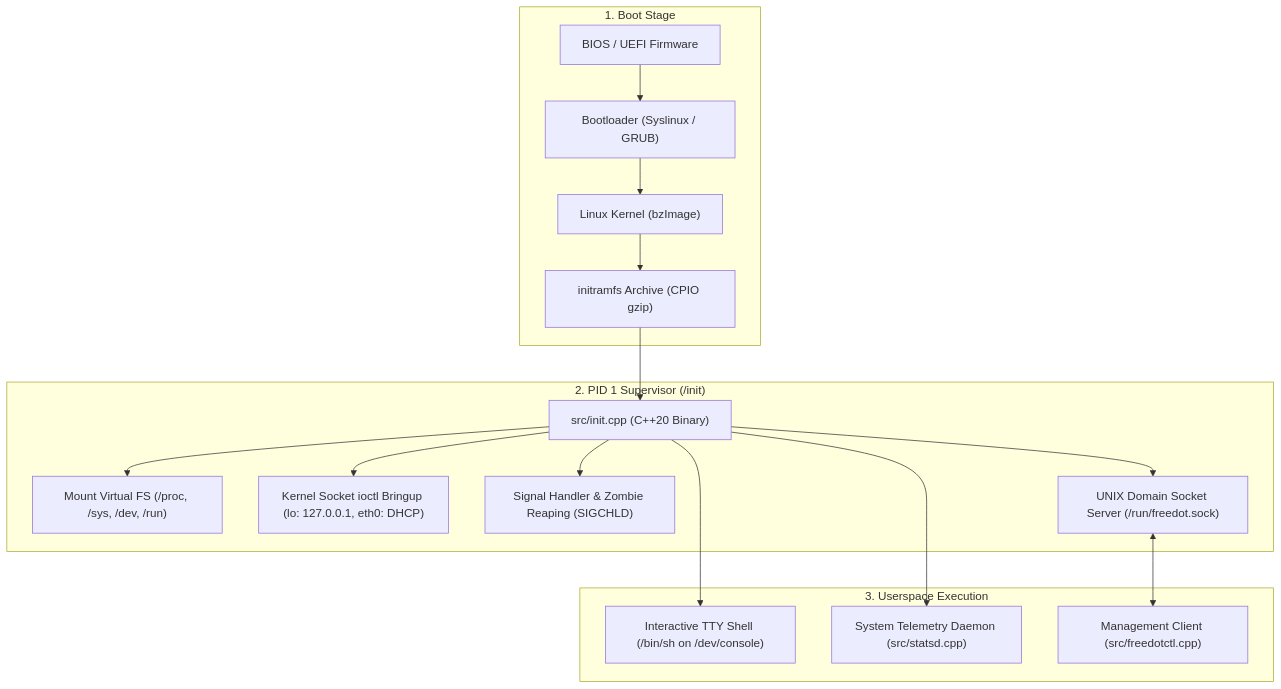
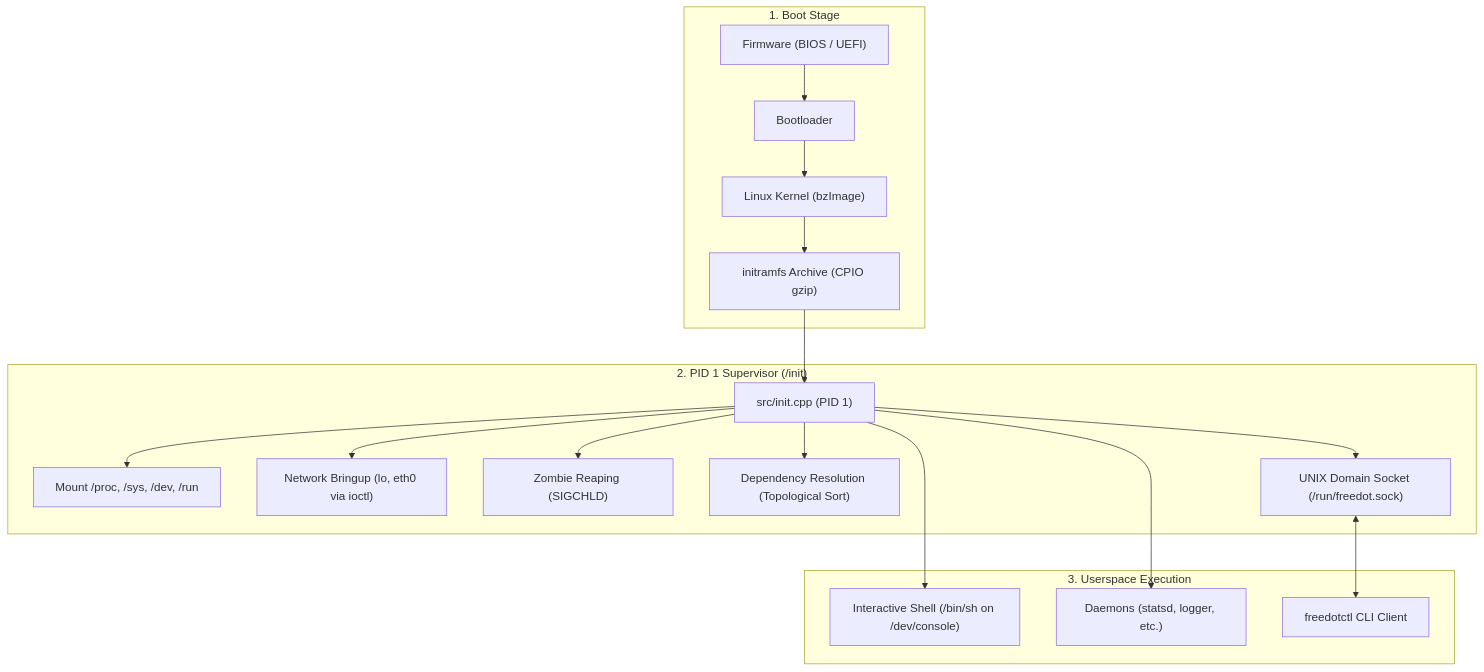
The diagram in README.md (ItzSaurav/freedot-linux), drawn with Mermaid before and after one commit. The commit also changed other lines of this file, not shown here.

````diff
--- a/README.md
+++ b/README.md
@@ -11,22 +24,23 @@
 ```mermaid
 flowchart TD
     subgraph Boot ["1. Boot Stage"]
-        FW["BIOS / UEFI Firmware"] --> BL["Bootloader (Syslinux / GRUB)"]
+        FW["Firmware (BIOS / UEFI)"] --> BL["Bootloader"]
         BL --> KERNEL["Linux Kernel (bzImage)"]
         KERNEL --> INITRAMFS["initramfs Archive (CPIO gzip)"]
     end
 
     subgraph Supervisor ["2. PID 1 Supervisor (/init)"]
-        INITRAMFS --> PID1["src/init.cpp (C++20 Binary)"]
-        PID1 --> MOUNT["Mount Virtual FS (/proc, /sys, /dev, /run)"]
-        PID1 --> NET["Kernel Socket ioctl Bringup (lo: 127.0.0.1, eth0: DHCP)"]
-        PID1 --> REAP["Signal Handler & Zombie Reaping (SIGCHLD)"]
-        PID1 --> IPC["UNIX Domain Socket Server (/run/freedot.sock)"]
+        INITRAMFS --> PID1["src/init.cpp (PID 1)"]
+        PID1 --> MOUNT["Mount /proc, /sys, /dev, /run"]
+        PID1 --> NET["Network Bringup (lo, eth0 via ioctl)"]
+        PID1 --> REAP["Zombie Reaping (SIGCHLD)"]
+        PID1 --> DEPS["Dependency Resolution (Topological Sort)"]
+        PID1 --> IPC["UNIX Domain Socket (/run/freedot.sock)"]
     end
 
     subgraph Userspace ["3. Userspace Execution"]
-        PID1 --> SHELL["Interactive TTY Shell (/bin/sh on /dev/console)"]
-        PID1 --> STATSD["System Telemetry Daemon (src/statsd.cpp)"]
-        IPC <--> CLI["Management Client (src/freedotctl.cpp)"]
+        PID1 --> SHELL["Interactive Shell (/bin/sh on /dev/console)"]
+        PID1 --> SERVICES["Daemons (statsd, logger, etc.)"]
+        IPC <--> CLI["freedotctl CLI Client"]
     end
 ```
````
